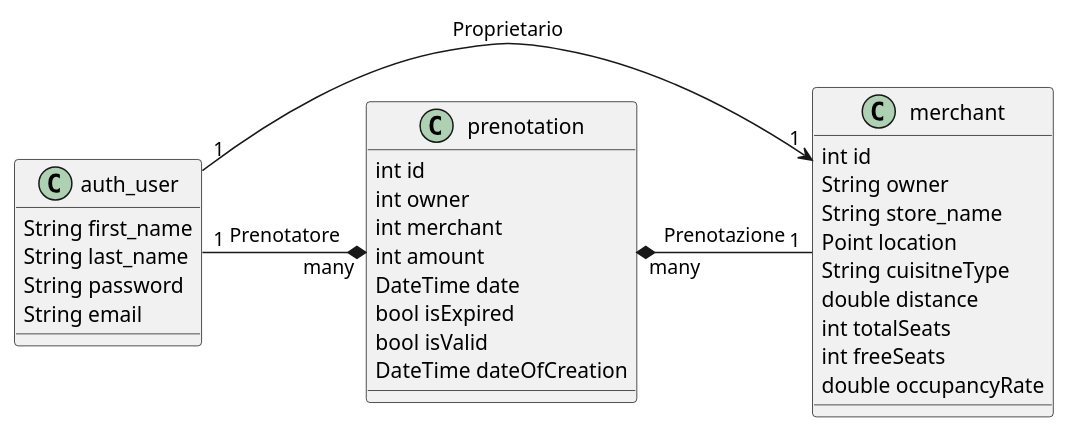
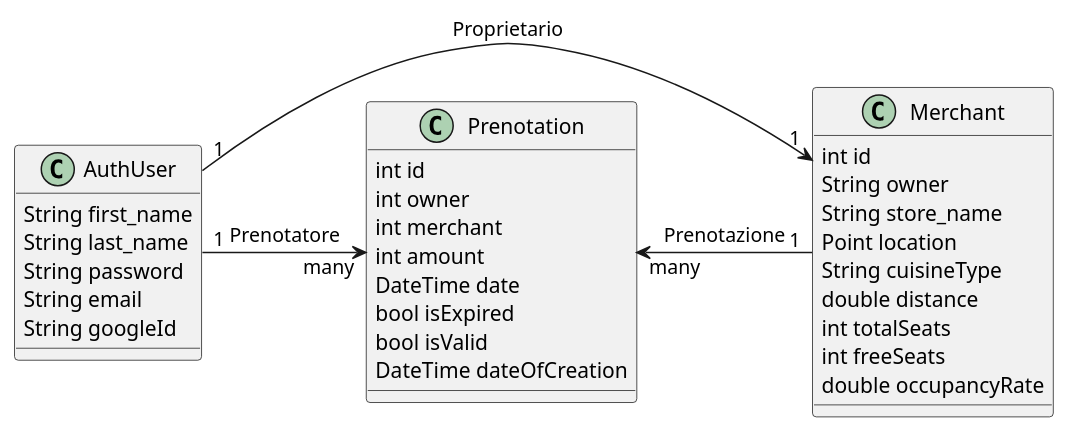
One commit to decimo-digital/ceposto-docs changed the diagram in diagrammi uml/class_diagram.plantuml. Above: the diagram before and after it, drawn with PlantUML.

Commit message:
modificato class diagram

```diff
--- a/diagrammi uml/class_diagram.plantuml
+++ b/diagrammi uml/class_diagram.plantuml
@@ -1,36 +1,37 @@
 @startuml classDiagram
 
-class auth_user {
+class AuthUser {
     String first_name
     String last_name
     String password
     String email
+    String googleId
 }
 
-class merchant {
+class Merchant {
     int id
     String owner
     String store_name
     Point location
-    String cuisitneType
+    String cuisineType
     double distance
     int totalSeats
     int freeSeats
     double occupancyRate
 }
 
-class prenotation {
+class Prenotation {
     int id
     int owner
     int merchant
     int amount
     DateTime date
     bool isExpired
     bool isValid
     DateTime dateOfCreation
 }
 
-auth_user "1" -* "many" prenotation: Prenotatore
-prenotation "many" *- "1" merchant: Prenotazione
-merchant "1" <- "1" auth_user: Proprietario
+AuthUser "1" -> "many" Prenotation: Prenotatore
+Prenotation "many" <- "1" Merchant: Prenotazione
+Merchant "1" <- "1" AuthUser: Proprietario
 @enduml
```
